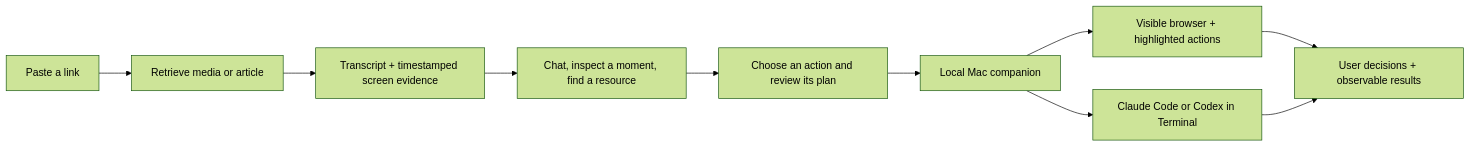
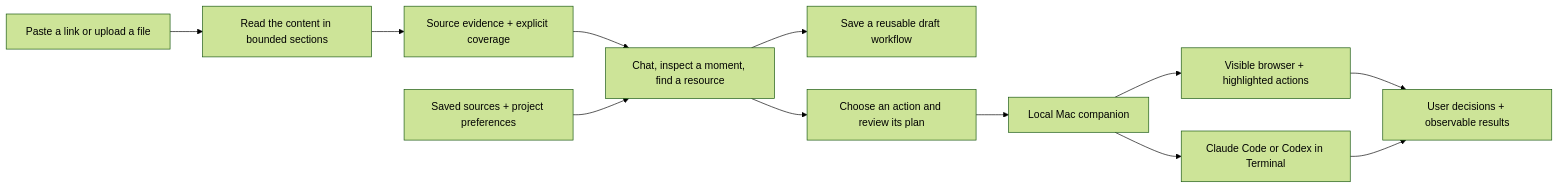
One commit to kaantaskentt/Send-me-reel changed the diagram in README.md. Above: the diagram before and after it, drawn with Mermaid (forest theme). The commit also changed other lines of this file and 12 other files, not shown here.

````diff
--- a/README.md
+++ b/README.md
@@ -9,12 +9,14 @@
 ```mermaid
 flowchart LR
-  A[Paste a link] --> B[Retrieve media or article]
-  B --> C[Transcript + timestamped screen evidence]
+  A[Paste a link or upload a file] --> B[Read the content in bounded sections]
+  B --> C[Source evidence + explicit coverage]
   C --> Q[Chat, inspect a moment, find a resource]
+  L[Saved sources + project preferences] --> Q
+  Q --> W[Save a reusable draft workflow]
   Q --> D[Choose an action and review its plan]
   D --> E[Local Mac companion]
   E --> F[Visible browser + highlighted actions]
   E --> G[Claude Code or Codex in Terminal]
   F --> H[User decisions + observable results]
   G --> H
 ```
````
